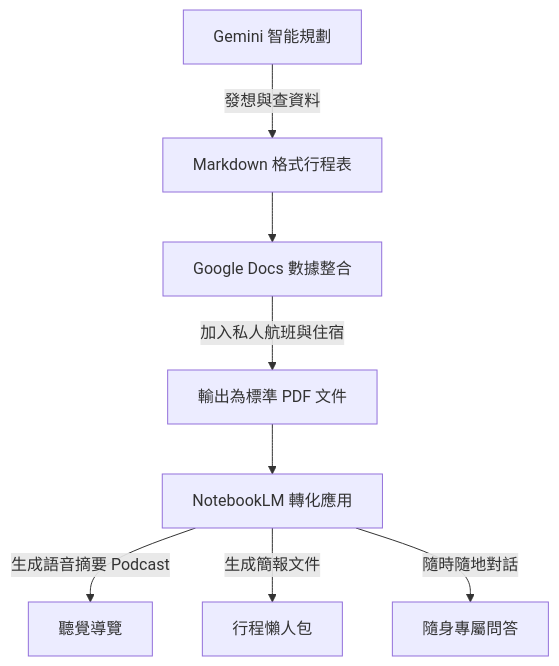
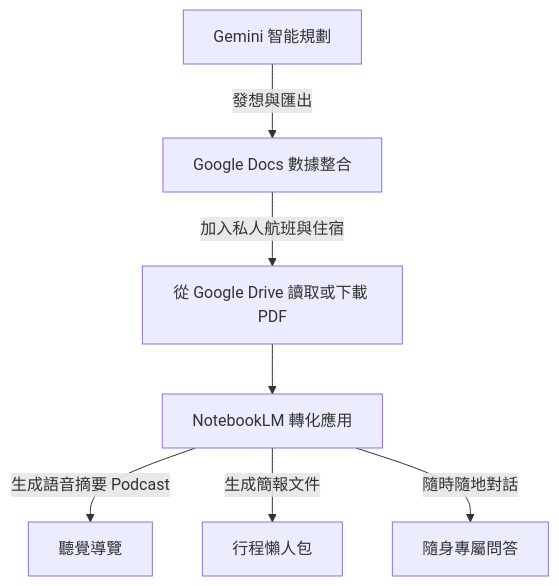
One commit to LinkGitData/hugo changed the diagram in link-blog/content/posts/ai-travel-planning-workflow.md. Above: the diagram before and after it, drawn with Mermaid. The commit also changed other lines of this file, not shown here.

Commit message:
docs: add Google Drive direct import instructions

```diff
--- a/link-blog/content/posts/ai-travel-planning-workflow.md
+++ b/link-blog/content/posts/ai-travel-planning-workflow.md
@@ -42,10 +42,9 @@
 {{< mermaid >}}
 graph TD
-  A[Gemini 智能規劃] -->|發想與查資料| B[Markdown 格式行程表]
-  B --> C[Google Docs 數據整合]
-  C -->|加入私人航班與住宿| D[輸出為標準 PDF 文件]
-  D --> E[NotebookLM 轉化應用]
-  E -->|生成語音摘要 Podcast| F[聽覺導覽]
-  E -->|生成簡報文件| G[行程懶人包]
-  E -->|隨時隨地對話| H[隨身專屬問答]
+  A[Gemini 智能規劃] -->|發想與匯出| B[Google Docs 數據整合]
+  B -->|加入私人航班與住宿| C[從 Google Drive 讀取或下載 PDF]
+  C --> D[NotebookLM 轉化應用]
+  D -->|生成語音摘要 Podcast| E[聽覺導覽]
+  D -->|生成簡報文件| F[行程懶人包]
+  D -->|隨時隨地對話| G[隨身專屬問答]
 {{< /mermaid >}}
```
